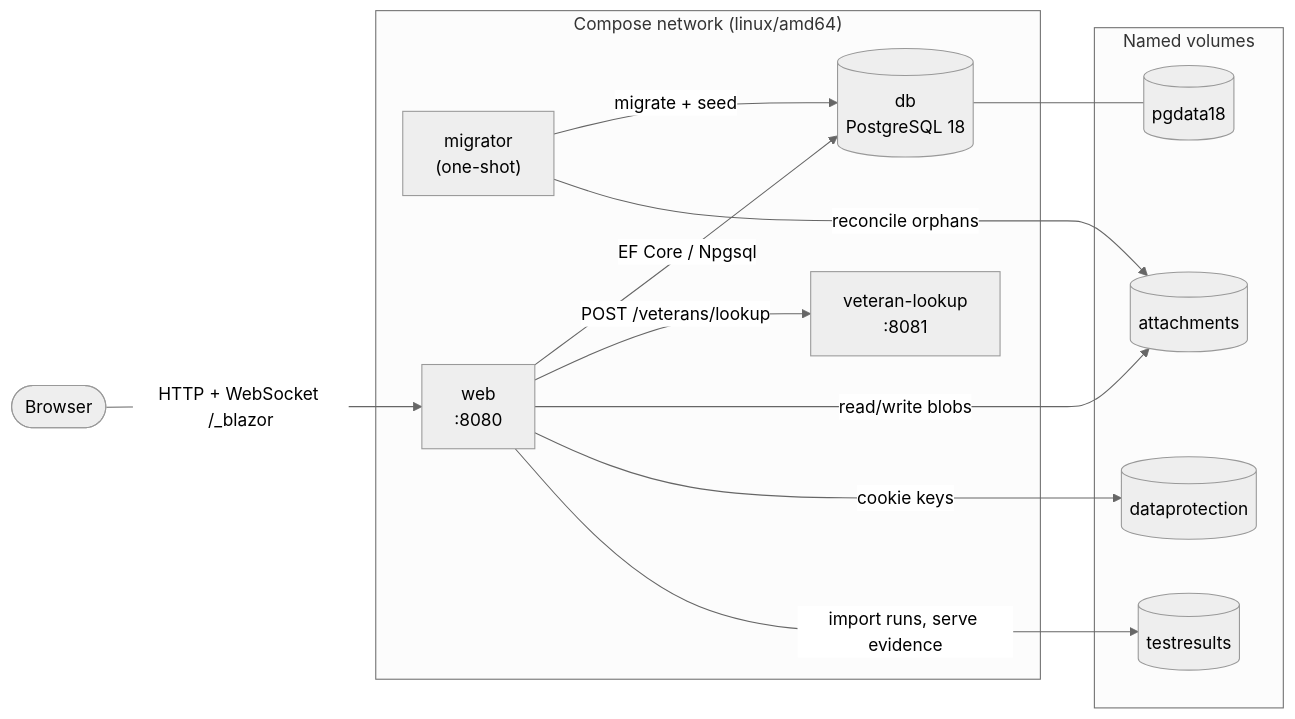
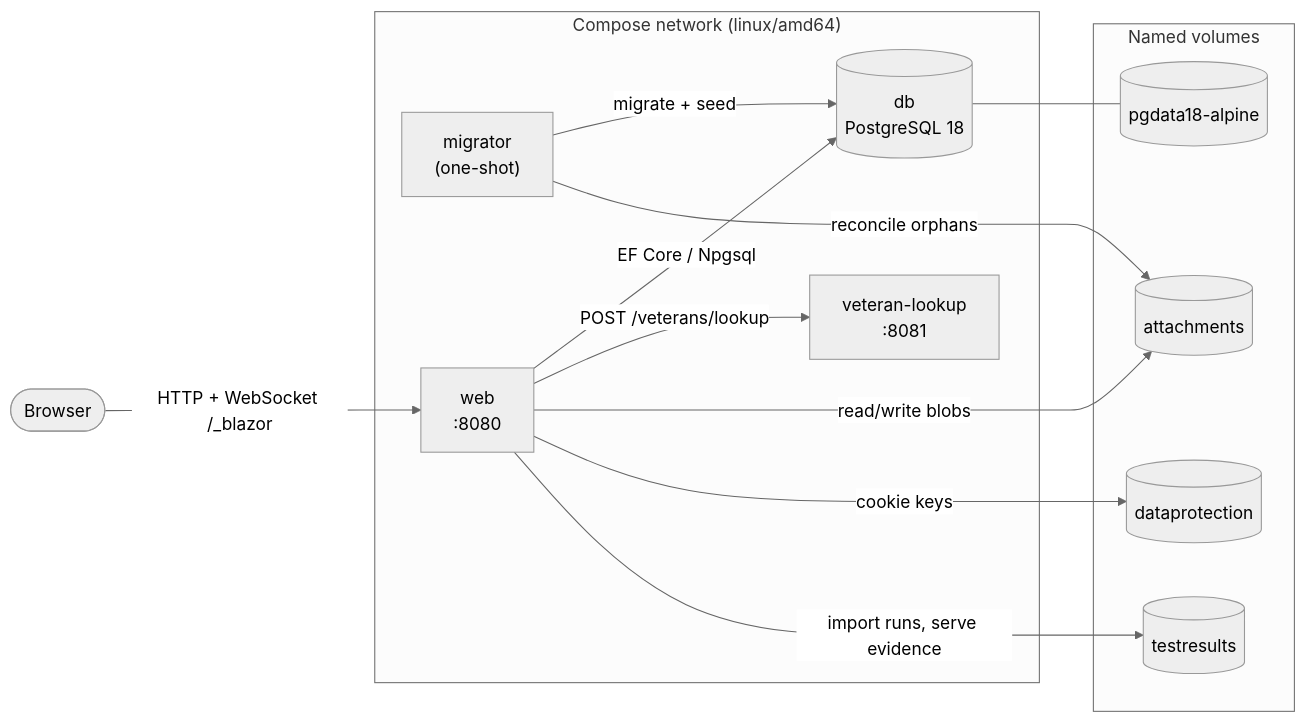
Before and after one commit to wslabwsllc/va-misi-case-management-wsllc: the first of 8 diagrams in docs/architecture.md, drawn with Mermaid (neutral theme). The commit also changed 8 other files, not shown here.

````diff
--- a/docs/architecture.md
+++ b/docs/architecture.md
@@ -28,28 +28,28 @@
 ```mermaid
 flowchart LR
     browser([Browser])
 
     subgraph compose["Compose network (linux/amd64)"]
         db[("db<br/>PostgreSQL 18")]
         migrator["migrator<br/>(one-shot)"]
         lookup["veteran-lookup<br/>:8081"]
         web["web<br/>:8080"]
     end
 
     subgraph volumes["Named volumes"]
-        pg[(pgdata18)]
+        pg[(pgdata18-alpine)]
         att[(attachments)]
         dp[(dataprotection)]
         tr[(testresults)]
     end
 
     browser -- "HTTP + WebSocket /_blazor" --> web
     migrator -- "migrate + seed" --> db
     migrator -- "reconcile orphans" --> att
     web -- "EF Core / Npgsql" --> db
     web -- "POST /veterans/lookup" --> lookup
     web -- "read/write blobs" --> att
     web -- "cookie keys" --> dp
     web -- "import runs, serve evidence" --> tr
     db --- pg
 ```
````
